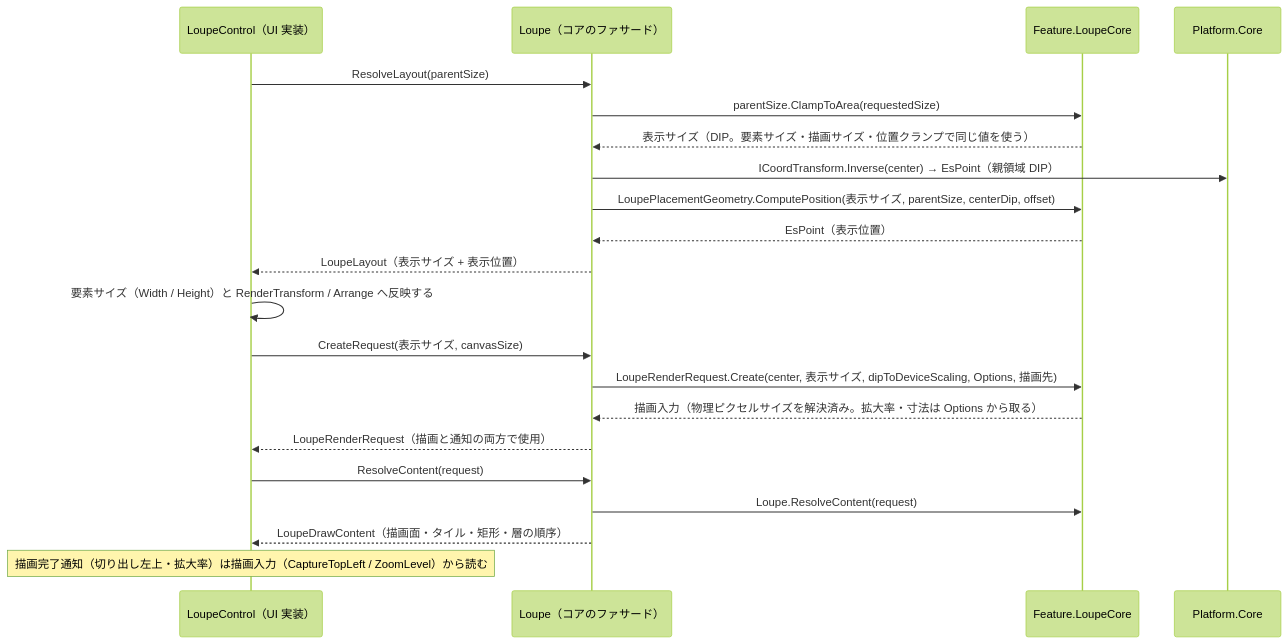
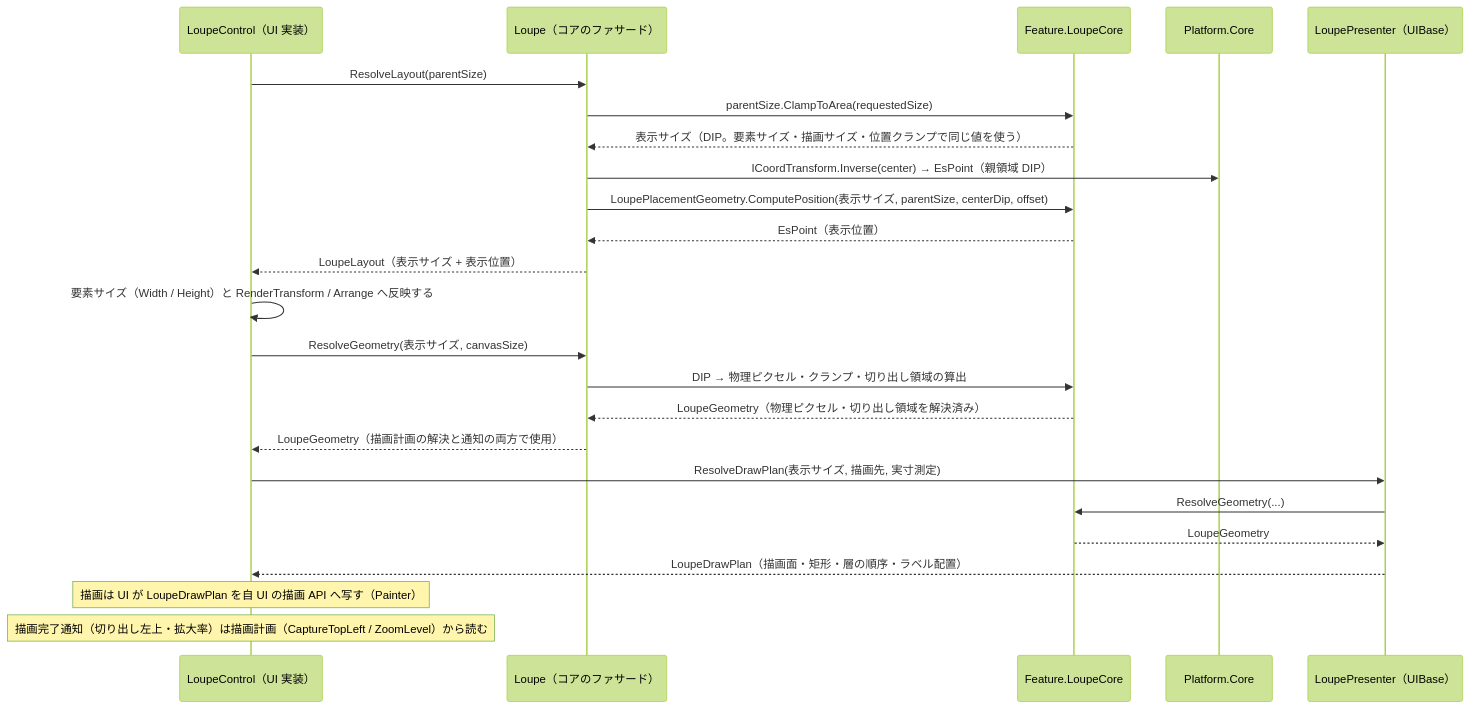
Before and after one commit to tomokuni/SaveEvidence: the second of 2 diagrams in src/Feature.LoupeCore/SPEC_System.md, drawn with Mermaid (forest theme). The commit also changed other lines of this file and 92 other files, not shown here.

````diff
--- a/src/Feature.LoupeCore/SPEC_System.md
+++ b/src/Feature.LoupeCore/SPEC_System.md
@@ -51,27 +49,30 @@
 ```mermaid
 sequenceDiagram
   participant UI as LoupeControl（UI 実装）
   participant Fac as Loupe（コアのファサード）
   participant Core as Feature.LoupeCore
   participant PC as Platform.Core
+  participant P as LoupePresenter（UIBase）
 
   UI->>Fac: ResolveLayout(parentSize)
   Fac->>Core: parentSize.ClampToArea(requestedSize)
   Core-->>Fac: 表示サイズ（DIP。要素サイズ・描画サイズ・位置クランプで同じ値を使う）
   Fac->>PC: ICoordTransform.Inverse(center) → EsPoint（親領域 DIP）
   Fac->>Core: LoupePlacementGeometry.ComputePosition(表示サイズ, parentSize, centerDip, offset)
   Core-->>Fac: EsPoint（表示位置）
   Fac-->>UI: LoupeLayout（表示サイズ + 表示位置）
   UI->>UI: 要素サイズ（Width / Height）と RenderTransform / Arrange へ反映する
 
-  UI->>Fac: CreateRequest(表示サイズ, canvasSize)
-  Fac->>Core: LoupeRenderRequest.Create(center, 表示サイズ, dipToDeviceScaling, Options, 描画先)
-  Core-->>Fac: 描画入力（物理ピクセルサイズを解決済み。拡大率・寸法は Options から取る）
-  Fac-->>UI: LoupeRenderRequest（描画と通知の両方で使用）
+  UI->>Fac: ResolveGeometry(表示サイズ, canvasSize)
+  Fac->>Core: DIP → 物理ピクセル・クランプ・切り出し領域の算出
+  Core-->>Fac: LoupeGeometry（物理ピクセル・切り出し領域を解決済み）
+  Fac-->>UI: LoupeGeometry（描画計画の解決と通知の両方で使用）
 
-  UI->>Fac: ResolveContent(request)
-  Fac->>Core: Loupe.ResolveContent(request)
-  Fac-->>UI: LoupeDrawContent（描画面・タイル・矩形・層の順序）
+  UI->>P: ResolveDrawPlan(表示サイズ, 描画先, 実寸測定)
+  P->>Core: ResolveGeometry(...)
+  Core-->>P: LoupeGeometry
+  P-->>UI: LoupeDrawPlan（描画面・矩形・層の順序・ラベル配置）
 
-  Note over UI: 描画完了通知（切り出し左上・拡大率）は描画入力（CaptureTopLeft / ZoomLevel）から読む
+  Note over UI: 描画は UI が LoupeDrawPlan を自 UI の描画 API へ写す（Painter）
+  Note over UI: 描画完了通知（切り出し左上・拡大率）は描画計画（CaptureTopLeft / ZoomLevel）から読む
 ```
````
